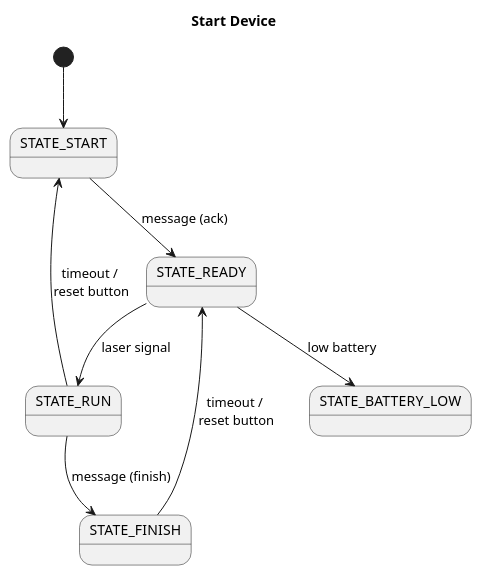
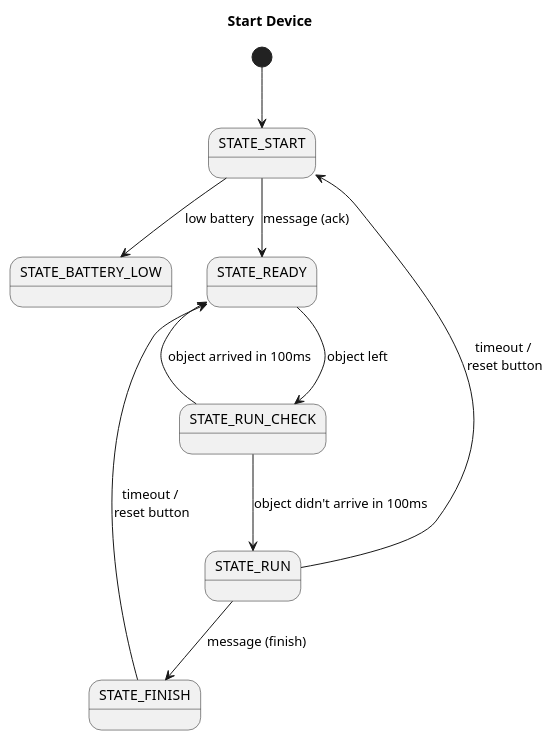
Before and after one commit to bardolf/fatrug2: the diagram in doc/plantuml/10_state_diagram_start.plantuml, drawn with PlantUML. The commit also changed 5 other files, not shown here.

```diff
--- a/doc/plantuml/10_state_diagram_start.plantuml
+++ b/doc/plantuml/10_state_diagram_start.plantuml
@@ -1,18 +1,21 @@
 @startuml
 
 title Start Device
 
 state "STATE_START" as start
 state "STATE_BATTERY_LOW" as battery
 state "STATE_READY" as ready
+state "STATE_RUN_CHECK" as runcheck
 state "STATE_RUN" as run
 state "STATE_FINISH" as finish
 
 [*] --> start
-start --> ready : message (ack)
-ready --> run : laser signal
-ready --> battery : low battery
+start --> ready : message (ack)/'  '/
+start --> battery : low battery
+ready --> runcheck : object left
+runcheck --> ready : object arrived in 100ms
+runcheck --> run : object didn't arrive in 100ms
 run --> start : timeout / \nreset button
 run --> finish : message (finish)
 finish --> ready : timeout / \nreset button
 @enduml
```
